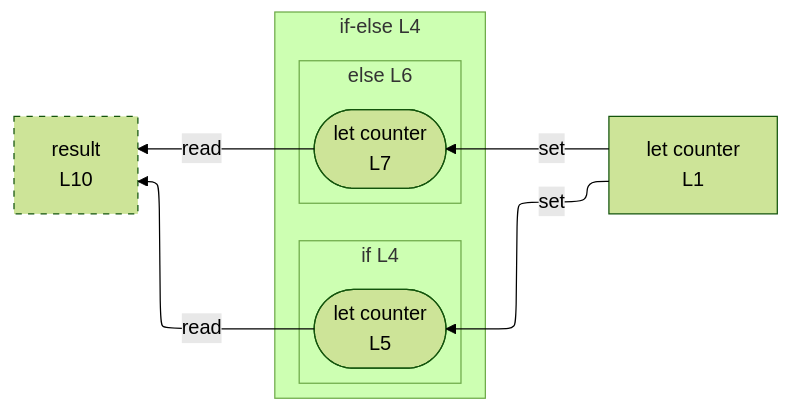
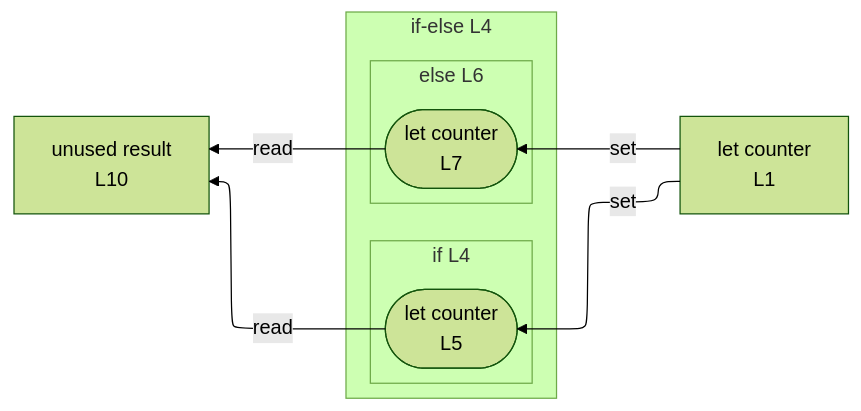
The diagram in integration/fixtures/control-if/preview.pruned-counter-a2.md (crescware/unsnarl), drawn with Mermaid (forest theme) before and after one commit. The commit also changed 75 other files, not shown here.

````diff
--- a/integration/fixtures/control-if/preview.pruned-counter-a2.md
+++ b/integration/fixtures/control-if/preview.pruned-counter-a2.md
@@ -26,24 +26,22 @@
 ```mermaid
 %%{init: {"flowchart": {"defaultRenderer": "elk"}}}%%
 flowchart RL
   %% pruning: roots=[counter(1)] ancestors=0 descendants=2
   n_scope_0_counter_4["let counter<br/>L1"]
-  n_scope_0_result_97["result<br/>L10"]
+  n_scope_0_result_97["unused result<br/>L10"]
   subgraph cont_if_scope_0_37["if-else L4"]
     direction RL
     subgraph s_scope_1["if L4"]
       direction RL
       wr_ref_1(["let counter<br/>L5"])
     end
     subgraph s_scope_2["else L6"]
       direction RL
       wr_ref_2(["let counter<br/>L7"])
     end
   end
   n_scope_0_counter_4 -->|set| wr_ref_1
   n_scope_0_counter_4 -->|set| wr_ref_2
   wr_ref_1 -->|read| n_scope_0_result_97
   wr_ref_2 -->|read| n_scope_0_result_97
-  classDef unused stroke-dasharray: 5 5;
-  class n_scope_0_result_97 unused;
 ```
````
